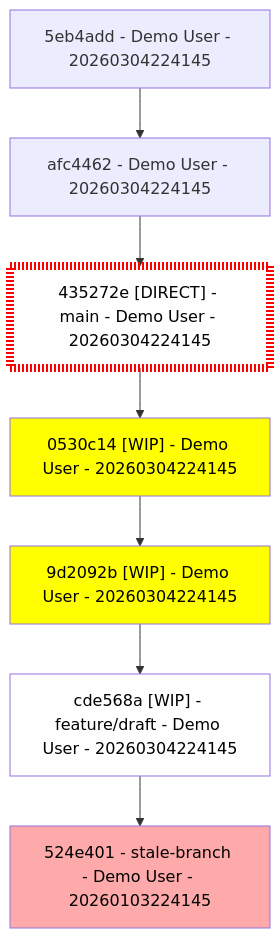
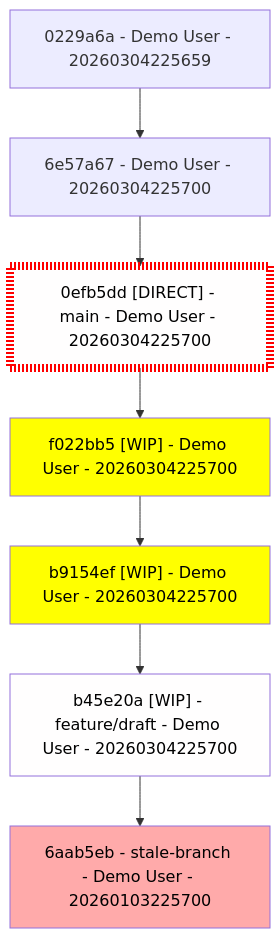
The second of 3 diagrams in examples/EXAMPLES.md (TheTrueSCU/git-graphable), drawn with Mermaid before and after one commit. The commit also changed other lines of this file and 1 other file, not shown here.

````diff
--- a/examples/EXAMPLES.md
+++ b/examples/EXAMPLES.md
@@ -52,21 +52,21 @@
 ```mermaid
 flowchart TD
-5eb4add741527d3a1b8c7ea474325d08016a1928["5eb4add - Demo User - 20260304224145"]
-afc4462c8ac70fe26a10bab2adc3e4848936dde1["afc4462 - Demo User - 20260304224145"]
-435272eab8732b5eae6b7eb325c6b7b587ca25b3["435272e [DIRECT] - main - Demo User - 20260304224145"]
-style 435272eab8732b5eae6b7eb325c6b7b587ca25b3 fill:#fffefe,color:black,stroke:#ff0000,stroke-width:8px,stroke-dasharray: 2 2
-0530c14d7998f74f38ac360a2a95d28a87794bc6["0530c14 [WIP] - Demo User - 20260304224145"]
-style 0530c14d7998f74f38ac360a2a95d28a87794bc6 fill:#ffff00,color:black
-9d2092bbe88d37c9d1af037e2498069c06b9362e["9d2092b [WIP] - Demo User - 20260304224145"]
-style 9d2092bbe88d37c9d1af037e2498069c06b9362e fill:#ffff00,color:black
-cde568a89b955f7e27b76207720fd3da670c3aff["cde568a [WIP] - feature/draft - Demo User - 20260304224145"]
-style cde568a89b955f7e27b76207720fd3da670c3aff fill:#ffff00,color:black,fill:#fffefe,color:black
-524e401cfde4347afed69f4c7f8f8292dbb186b1["524e401 - stale-branch - Demo User - 20260103224145"]
-style 524e401cfde4347afed69f4c7f8f8292dbb186b1 fill:#ffaaaa,color:black
-5eb4add741527d3a1b8c7ea474325d08016a1928 --> afc4462c8ac70fe26a10bab2adc3e4848936dde1
-afc4462c8ac70fe26a10bab2adc3e4848936dde1 --> 435272eab8732b5eae6b7eb325c6b7b587ca25b3
-435272eab8732b5eae6b7eb325c6b7b587ca25b3 --> 0530c14d7998f74f38ac360a2a95d28a87794bc6
-0530c14d7998f74f38ac360a2a95d28a87794bc6 --> 9d2092bbe88d37c9d1af037e2498069c06b9362e
-9d2092bbe88d37c9d1af037e2498069c06b9362e --> cde568a89b955f7e27b76207720fd3da670c3aff
-cde568a89b955f7e27b76207720fd3da670c3aff --> 524e401cfde4347afed69f4c7f8f8292dbb186b1
+0229a6a30e322d32c46f1a6af598a65c3e5e353a["0229a6a - Demo User - 20260304225659"]
+6e57a6740ac67d8ce907937159b003dabbdd54f7["6e57a67 - Demo User - 20260304225700"]
+0efb5ddfc009cdfde63b43d3cb938b1e5b37fc0d["0efb5dd [DIRECT] - main - Demo User - 20260304225700"]
+style 0efb5ddfc009cdfde63b43d3cb938b1e5b37fc0d fill:#fffefe,color:black,stroke:#ff0000,stroke-width:8px,stroke-dasharray: 2 2
+f022bb56e83e24629bbe3b2b63cf318a5a552acc["f022bb5 [WIP] - Demo User - 20260304225700"]
+style f022bb56e83e24629bbe3b2b63cf318a5a552acc fill:#ffff00,color:black
+b9154ef717eefcd4102c339efbf78784d26681a1["b9154ef [WIP] - Demo User - 20260304225700"]
+style b9154ef717eefcd4102c339efbf78784d26681a1 fill:#ffff00,color:black
+b45e20ac0d914c02cc3bb83af16250d15366f277["b45e20a [WIP] - feature/draft - Demo User - 20260304225700"]
+style b45e20ac0d914c02cc3bb83af16250d15366f277 fill:#ffff00,color:black,fill:#fffefe,color:black
+6aab5ebb9da86fc58e2b246eda0d04bd7792312d["6aab5eb - stale-branch - Demo User - 20260103225700"]
+style 6aab5ebb9da86fc58e2b246eda0d04bd7792312d fill:#ffaaaa,color:black
+0229a6a30e322d32c46f1a6af598a65c3e5e353a --> 6e57a6740ac67d8ce907937159b003dabbdd54f7
+6e57a6740ac67d8ce907937159b003dabbdd54f7 --> 0efb5ddfc009cdfde63b43d3cb938b1e5b37fc0d
+0efb5ddfc009cdfde63b43d3cb938b1e5b37fc0d --> f022bb56e83e24629bbe3b2b63cf318a5a552acc
+f022bb56e83e24629bbe3b2b63cf318a5a552acc --> b9154ef717eefcd4102c339efbf78784d26681a1
+b9154ef717eefcd4102c339efbf78784d26681a1 --> b45e20ac0d914c02cc3bb83af16250d15366f277
+b45e20ac0d914c02cc3bb83af16250d15366f277 --> 6aab5ebb9da86fc58e2b246eda0d04bd7792312d
 ```
````
